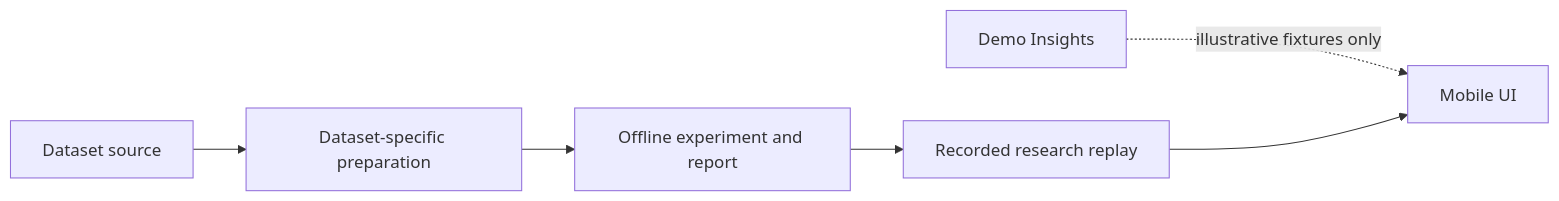
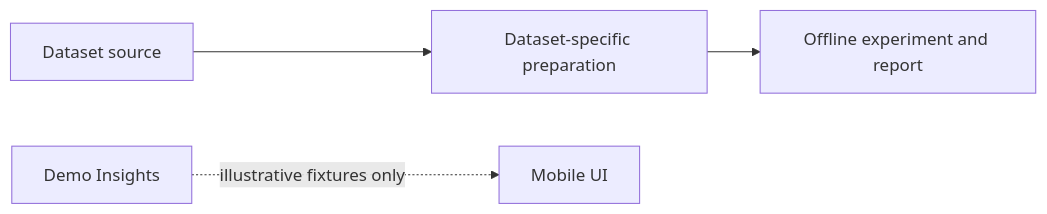
Before and after one commit to direkkakkar319-ops/DrivePulseAI: the second of 3 diagrams in docs/architecture/api-flow.md, drawn with Mermaid. The commit also changed other lines of this file and 262 other files, not shown here.

First line of the commit message:
chore(ml): remove Nissan Leaf research and replay workflow

````diff
--- a/docs/architecture/api-flow.md
+++ b/docs/architecture/api-flow.md
@@ -32,8 +32,6 @@
 ```mermaid
 flowchart LR
     Raw[Dataset source] --> Prep[Dataset-specific preparation]
     Prep --> Eval[Offline experiment and report]
-    Eval --> Replay[Recorded research replay]
     UI[Demo Insights] -. illustrative fixtures only .-> App[Mobile UI]
-    Replay --> App
 ```
````
